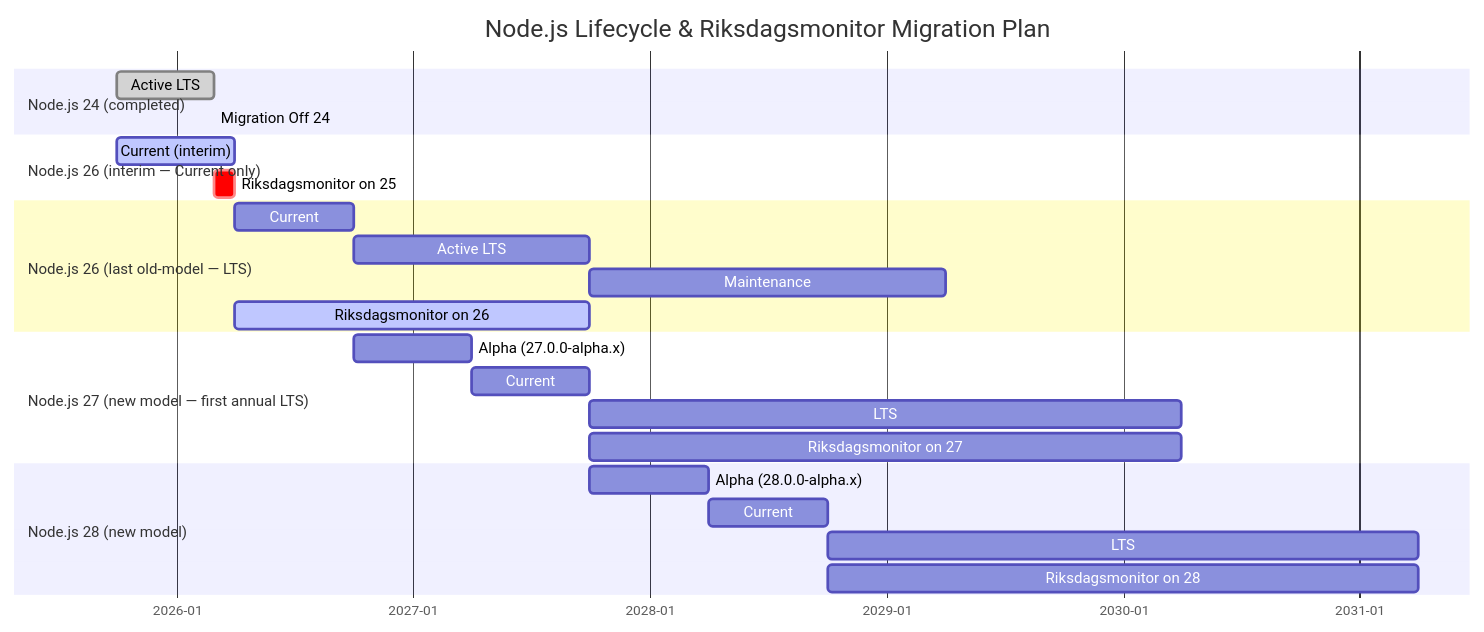
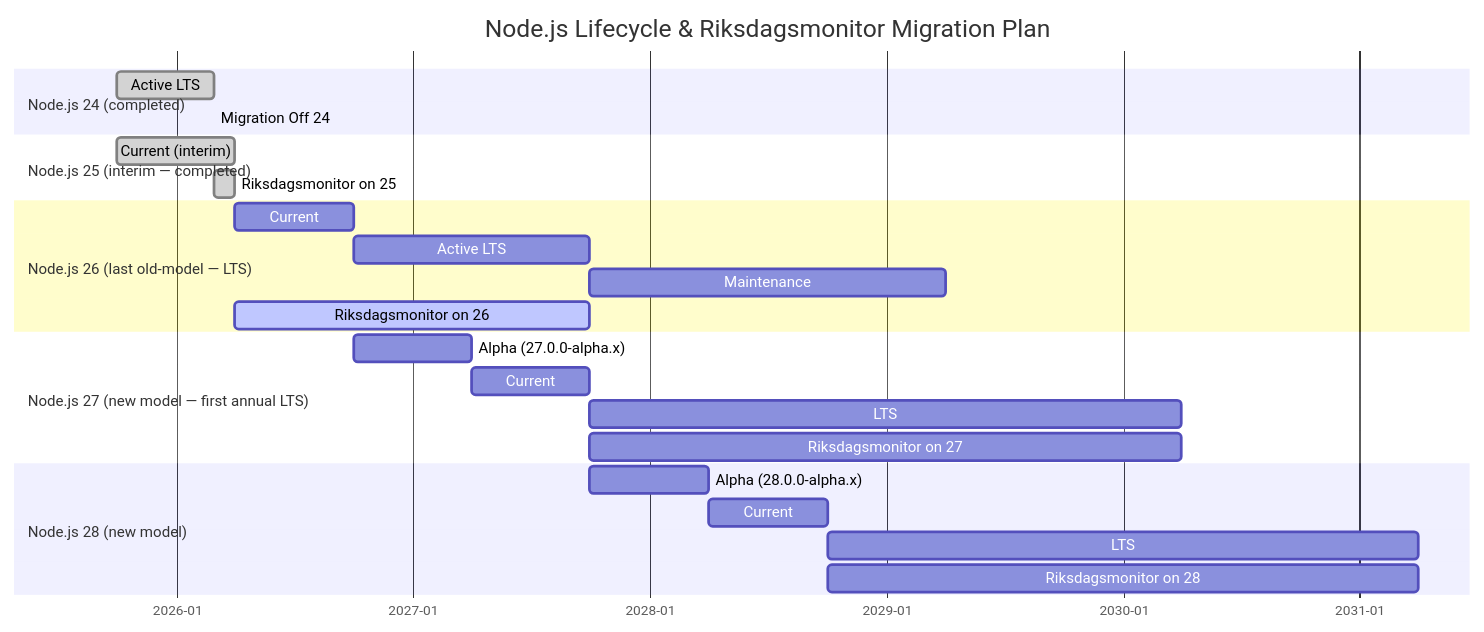
The diagram in End-of-Life-Strategy.md (Hack23/riksdagsmonitor), drawn with Mermaid before and after one commit. The commit also changed other lines of this file and 16 other files, not shown here.

````diff
--- a/End-of-Life-Strategy.md
+++ b/End-of-Life-Strategy.md
@@ -252,32 +252,32 @@
 ```mermaid
 gantt
     title Node.js Lifecycle & Riksdagsmonitor Migration Plan
     dateFormat YYYY-MM
     axisFormat %Y-%m
 
     section Node.js 24 (completed)
     Active LTS           :done, n24lts, 2025-10, 2026-03
     Migration Off 24     :done, m24, 2026-03, 2026-03
 
-    section Node.js 26 (interim — Current only)
-    Current (interim)    :active, n25curr, 2025-10, 2026-04
-    Riksdagsmonitor on 25:crit, rm25, 2026-03, 2026-04
+    section Node.js 25 (interim — completed)
+    Current (interim)    :done, n25curr, 2025-10, 2026-04
+    Riksdagsmonitor on 25:done, rm25, 2026-03, 2026-04
 
     section Node.js 26 (last old-model — LTS)
     Current              :n26curr, 2026-04, 2026-10
     Active LTS           :n26lts, 2026-10, 2027-10
     Maintenance          :n26maint, 2027-10, 2029-04
     Riksdagsmonitor on 26:active, rm26, 2026-04, 2027-10
 
     section Node.js 27 (new model — first annual LTS)
     Alpha (27.0.0-alpha.x):n27alpha, 2026-10, 2027-04
     Current               :n27curr, 2027-04, 2027-10
     LTS                   :n27lts, 2027-10, 2030-04
     Riksdagsmonitor on 27 :rm27, 2027-10, 2030-04
 
     section Node.js 28 (new model)
     Alpha (28.0.0-alpha.x):n28alpha, 2027-10, 2028-04
     Current               :n28curr, 2028-04, 2028-10
     LTS                   :n28lts, 2028-10, 2031-04
     Riksdagsmonitor on 28 :rm28, 2028-10, 2031-04
 ```
````
